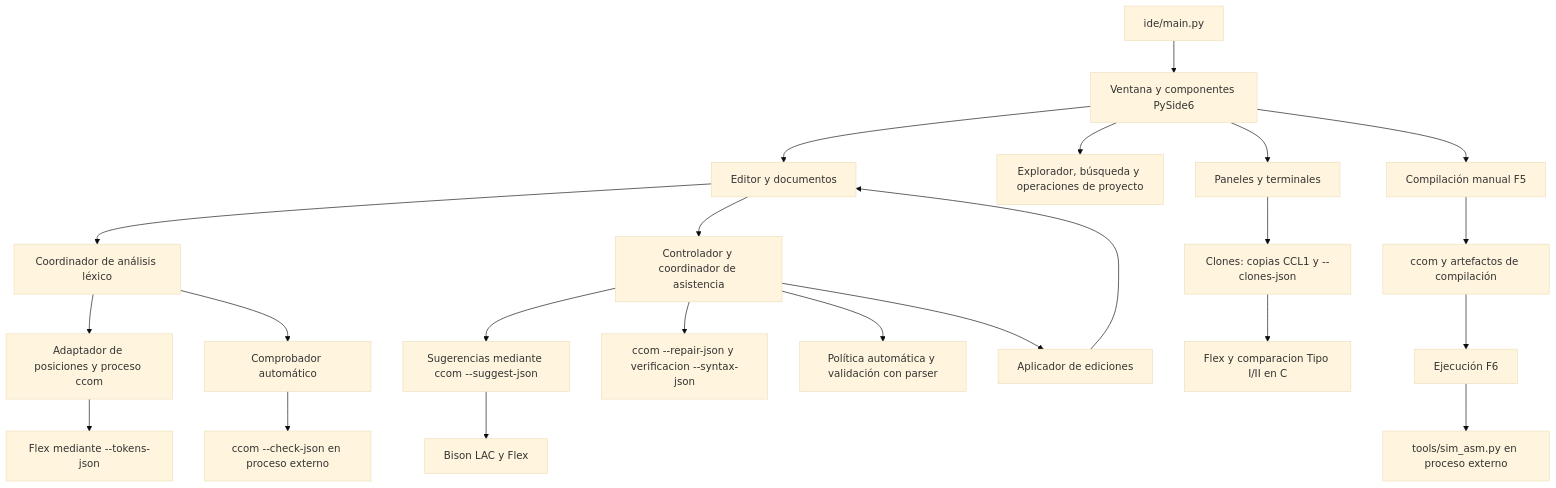
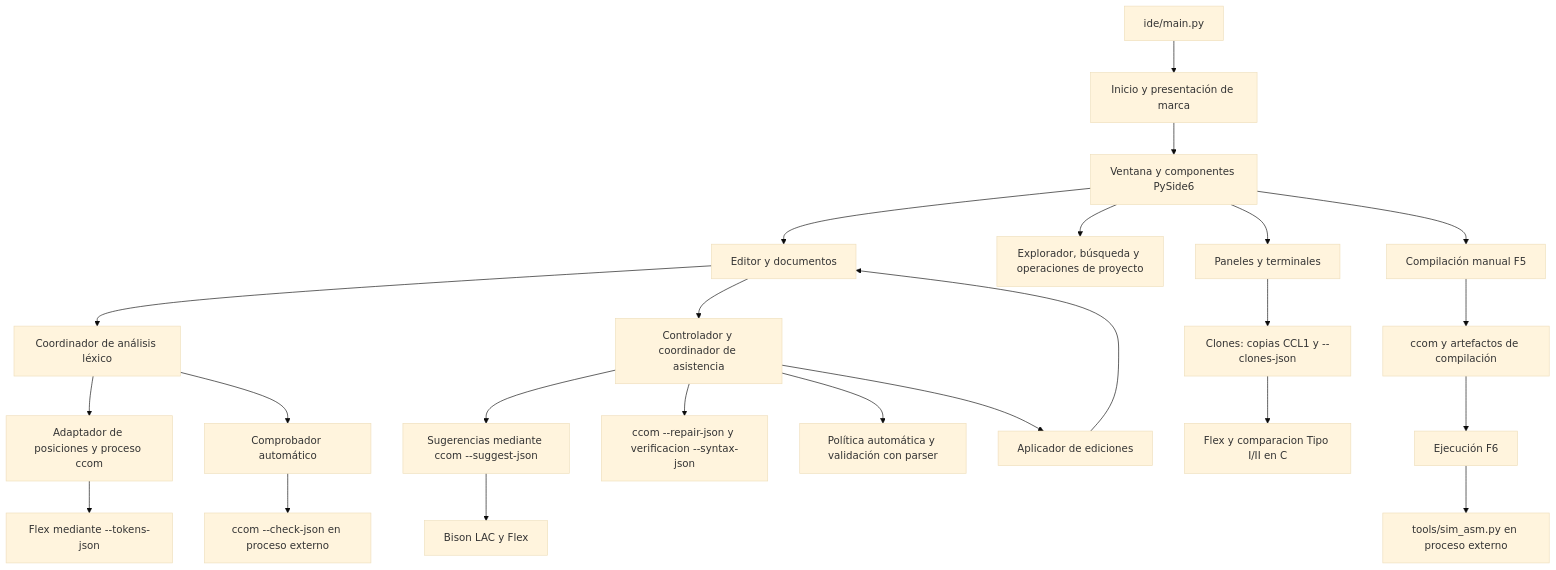
One commit to Kevnrz/calser_compiler changed the diagram in ide/docs/guia_sistema_calside.md. Above: the diagram before and after it, drawn with Mermaid (base theme). The commit also changed other lines of this file and 28 other files, not shown here.

Commit message:
feat(ide): animación de inicio  CALSIDE y mejora en sugerencias

````diff
--- a/ide/docs/guia_sistema_calside.md
+++ b/ide/docs/guia_sistema_calside.md
@@ -50,25 +50,26 @@
 ```mermaid
 flowchart TD
-    MAIN[ide/main.py] --> V[Ventana y componentes PySide6]
+    MAIN[ide/main.py] --> INICIO[Inicio y presentación de marca]
+    INICIO --> V[Ventana y componentes PySide6]
     V --> E[Editor y documentos]
     V --> P[Explorador, búsqueda y operaciones de proyecto]
     V --> X[Paneles y terminales]
     X --> CL[Clones: copias CCL1 y --clones-json]
     CL --> CF[Flex y comparacion Tipo I/II en C]
     E --> L[Coordinador de análisis léxico]
     L --> A[Adaptador de posiciones y proceso ccom]
     A --> N[Flex mediante --tokens-json]
     L --> C[Comprobador automático]
     C --> CC[ccom --check-json en proceso externo]
     V --> F[Compilación manual F5]
     F --> CB[ccom y artefactos de compilación]
     CB --> R[Ejecución F6]
     R --> S[tools/sim_asm.py en proceso externo]
     E --> AS[Controlador y coordinador de asistencia]
     AS --> MS[Sugerencias mediante ccom --suggest-json]
     MS --> BP[Bison LAC y Flex]
     AS --> RP[ccom --repair-json y verificacion --syntax-json]
     AS --> PA[Política automática y validación con parser]
     AS --> ED[Aplicador de ediciones]
     ED --> E
 ```
````
